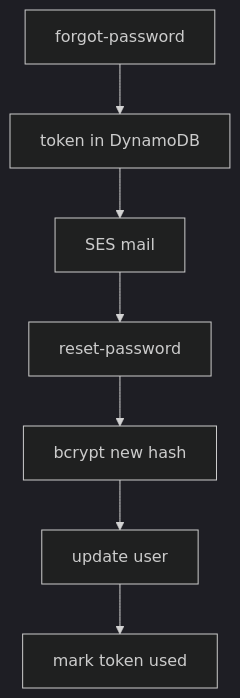
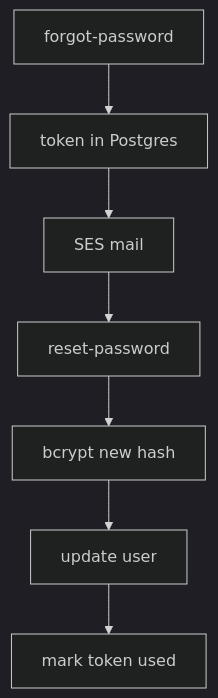
The diagram in content/tracks/backend-from-zero/lessons/17-forgot-reset.md (sreecharan-desu/hackx-slides), drawn with Mermaid (dark theme) before and after one commit. The commit also changed other lines of this file and 38 other files, not shown here.

````diff
--- a/content/tracks/backend-from-zero/lessons/17-forgot-reset.md
+++ b/content/tracks/backend-from-zero/lessons/17-forgot-reset.md
@@ -8,9 +10,9 @@
 ```mermaid
 flowchart TB
-  F[forgot-password] --> T[token in DynamoDB]
+  F[forgot-password] --> T[token in Postgres]
   T --> S[SES mail]
   S --> R[reset-password]
   R --> H[bcrypt new hash]
   H --> U[update user]
   U --> X[mark token used]
 ```
````
